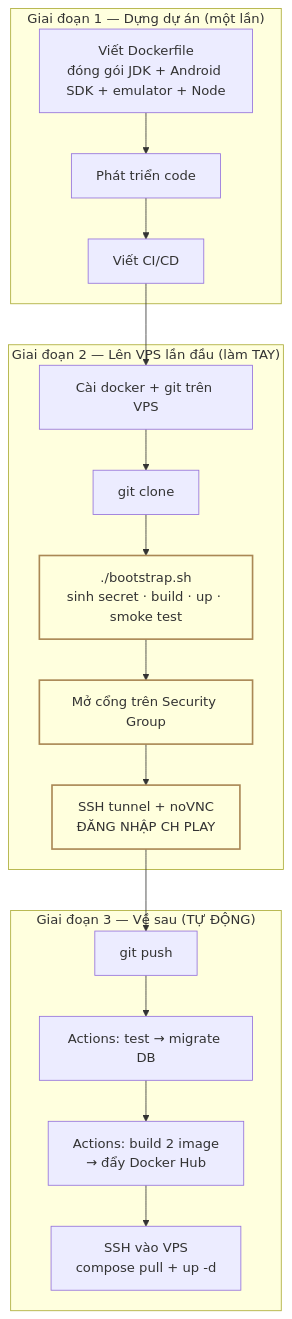
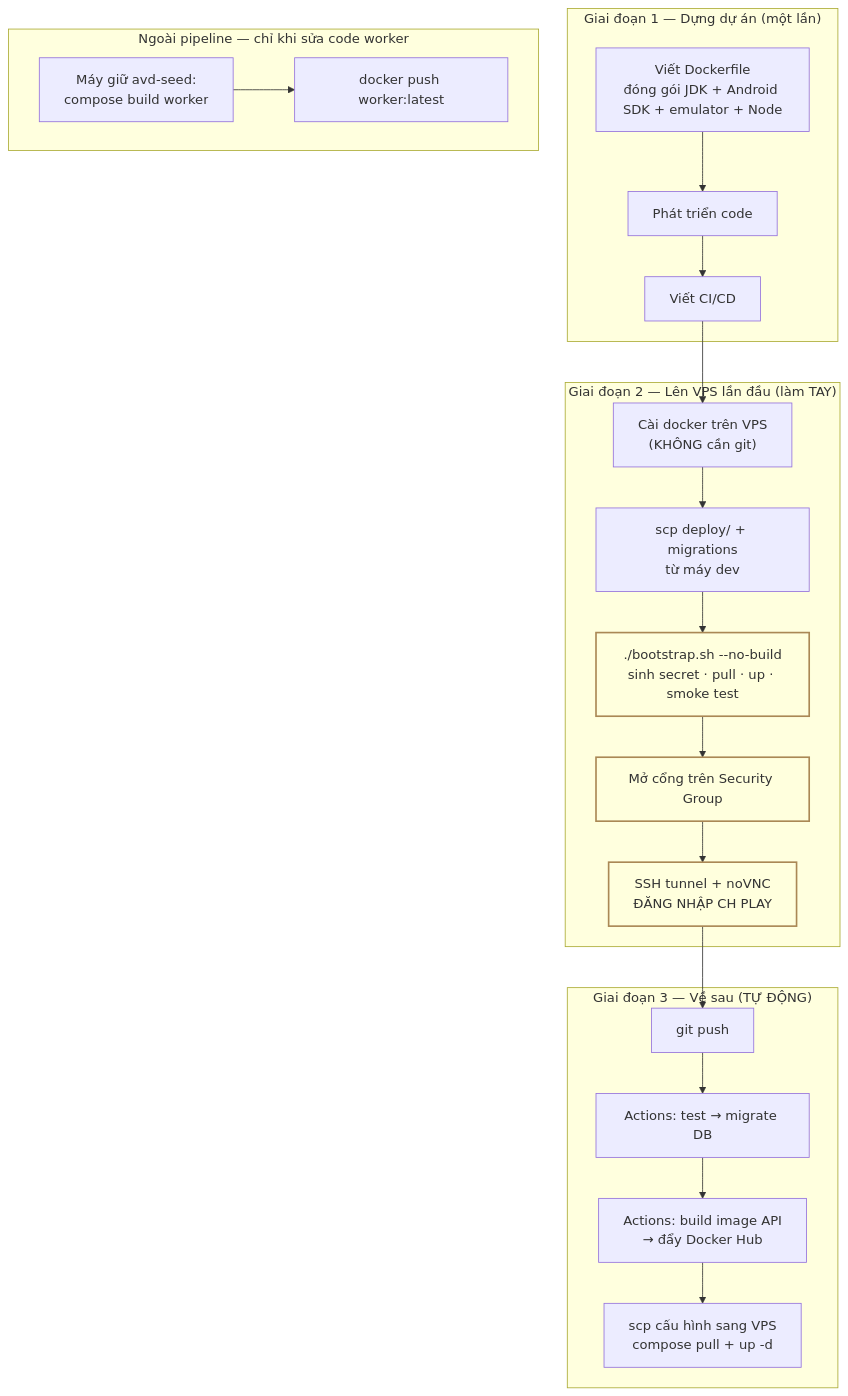
The diagram in docs/emu-gui-workflow.md (daclong120-del/app-relay), drawn with Mermaid before and after one commit. The commit also changed other lines of this file and 9 other files, not shown here.

````diff
--- a/docs/emu-gui-workflow.md
+++ b/docs/emu-gui-workflow.md
@@ -62,32 +62,38 @@
 ```mermaid
 flowchart TD
     subgraph G1["Giai đoạn 1 — Dựng dự án (một lần)"]
         A1["Viết Dockerfile<br/>đóng gói JDK + Android SDK + emulator + Node"]
         A2["Phát triển code"]
         A3["Viết CI/CD"]
         A1 --> A2 --> A3
     end
 
     subgraph G2["Giai đoạn 2 — Lên VPS lần đầu (làm TAY)"]
-        B1["Cài docker + git trên VPS"]
-        B2["git clone"]
-        B3["./bootstrap.sh<br/>sinh secret · build · up · smoke test"]
+        B1["Cài docker trên VPS<br/>(KHÔNG cần git)"]
+        B2["scp deploy/ + migrations<br/>từ máy dev"]
+        B3["./bootstrap.sh --no-build<br/>sinh secret · pull · up · smoke test"]
         B4["Mở cổng trên Security Group"]
         B5["SSH tunnel + noVNC<br/>ĐĂNG NHẬP CH PLAY"]
         B1 --> B2 --> B3 --> B4 --> B5
     end
 
     subgraph G3["Giai đoạn 3 — Về sau (TỰ ĐỘNG)"]
         C1["git push"]
         C2["Actions: test → migrate DB"]
-        C3["Actions: build 2 image<br/>→ đẩy Docker Hub"]
-        C4["SSH vào VPS<br/>compose pull + up -d"]
+        C3["Actions: build image API<br/>→ đẩy Docker Hub"]
+        C4["scp cấu hình sang VPS<br/>compose pull + up -d"]
         C1 --> C2 --> C3 --> C4
+    end
+
+    subgraph G4["Ngoài pipeline — chỉ khi sửa code worker"]
+        W1["Máy giữ avd-seed:<br/>compose build worker"]
+        W2["docker push worker:latest"]
+        W1 --> W2
     end
 
     A3 --> B1
     B5 --> C1
 
     classDef manual fill:#ffd,stroke:#a85,stroke-width:2px
     class B3,B4,B5 manual
 ```
````
